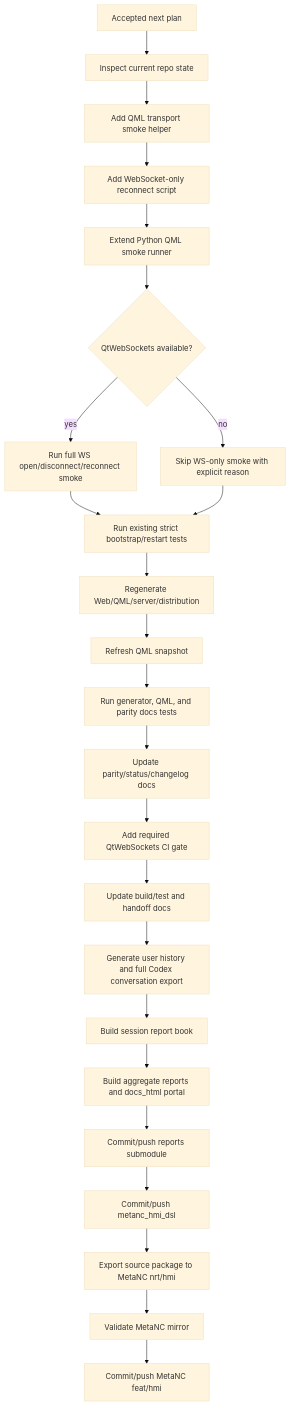
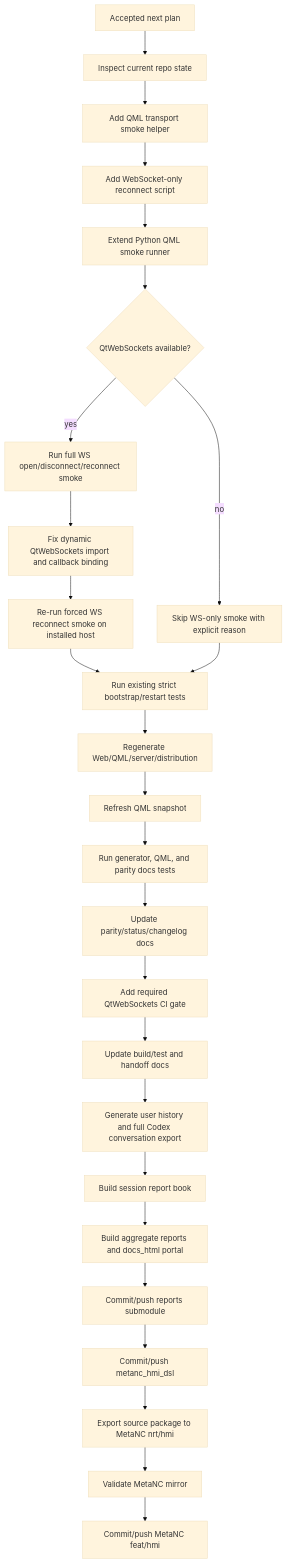
One commit to luppiterw/metanc_hmi_dsl_reports changed the diagram in 2026-05-12-codex-session/workflow-diagram.md. Above: the diagram before and after it, drawn with Mermaid (base theme). The commit also changed 22 other files, not shown here.

````diff
--- a/2026-05-12-codex-session/workflow-diagram.md
+++ b/2026-05-12-codex-session/workflow-diagram.md
@@ -3,26 +3,28 @@
 ```mermaid
 flowchart TD
     A[Accepted next plan] --> B[Inspect current repo state]
     B --> C[Add QML transport smoke helper]
     C --> D[Add WebSocket-only reconnect script]
     D --> E[Extend Python QML smoke runner]
     E --> F{QtWebSockets available?}
     F -->|yes| G[Run full WS open/disconnect/reconnect smoke]
     F -->|no| H[Skip WS-only smoke with explicit reason]
-    G --> I[Run existing strict bootstrap/restart tests]
+    G --> G1[Fix dynamic QtWebSockets import and callback binding]
+    G1 --> G2[Re-run forced WS reconnect smoke on installed host]
+    G2 --> I[Run existing strict bootstrap/restart tests]
     H --> I
     I --> J[Regenerate Web/QML/server/distribution]
     J --> K[Refresh QML snapshot]
     K --> L[Run generator, QML, and parity docs tests]
     L --> M[Update parity/status/changelog docs]
     M --> N[Add required QtWebSockets CI gate]
     N --> O[Update build/test and handoff docs]
     O --> P[Generate user history and full Codex conversation export]
     P --> Q[Build session report book]
     Q --> R[Build aggregate reports and docs_html portal]
     R --> S[Commit/push reports submodule]
     S --> T[Commit/push metanc_hmi_dsl]
     T --> U[Export source package to MetaNC nrt/hmi]
     U --> V[Validate MetaNC mirror]
     V --> W[Commit/push MetaNC feat/hmi]
 ```
````
